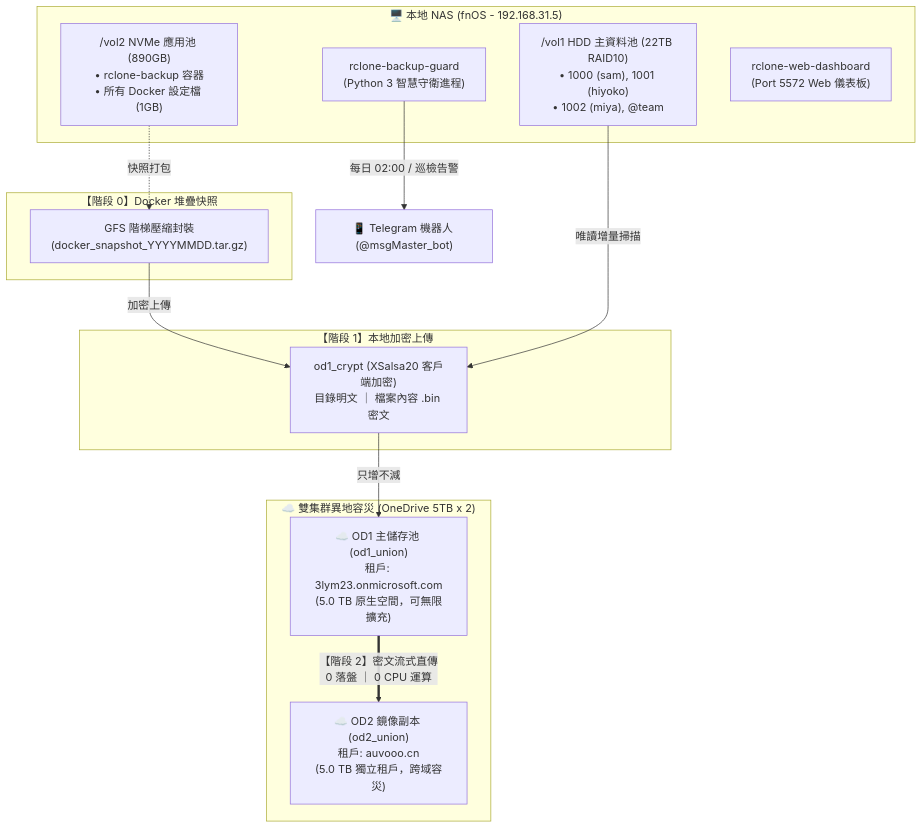
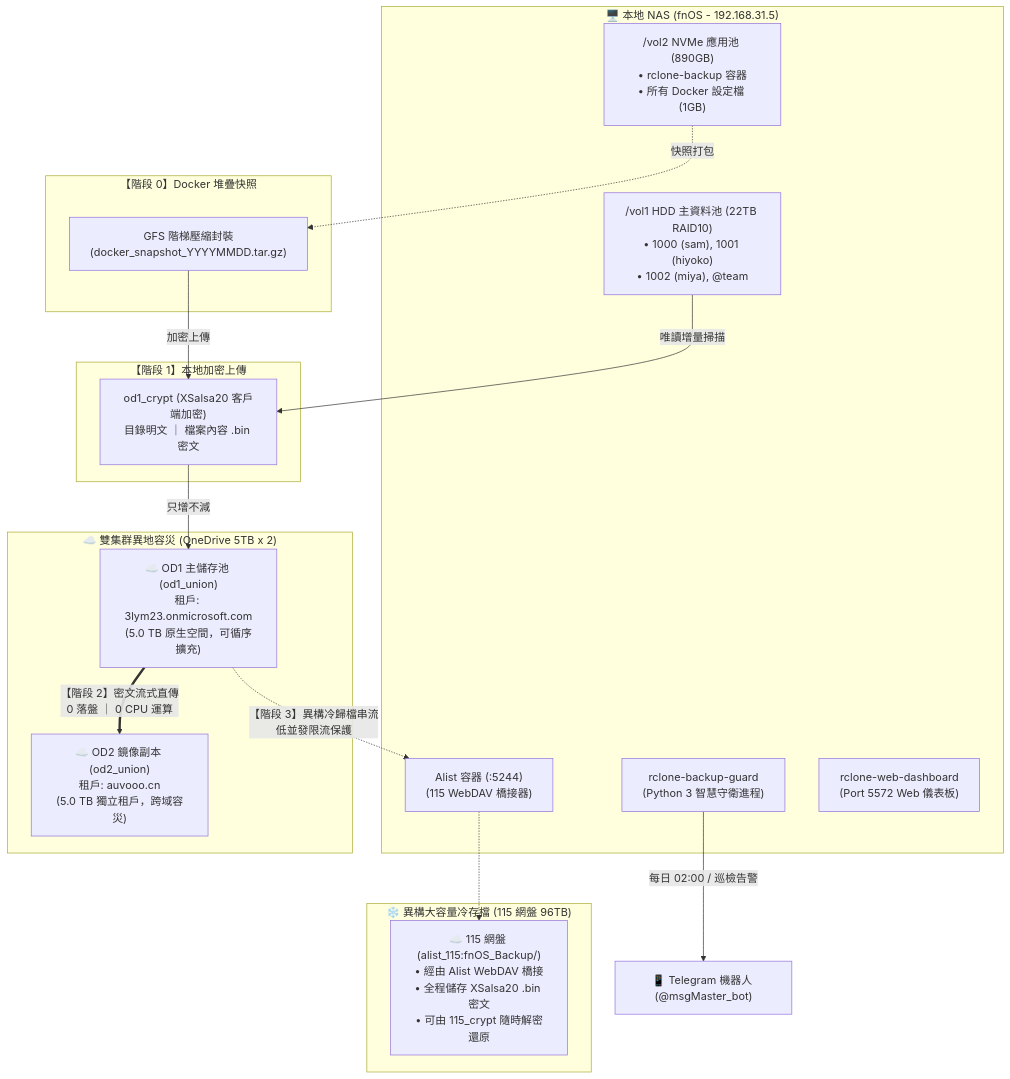
Before and after one commit to sam0324sam/fnos-onedrive-backup: the diagram in README.md, drawn with Mermaid. The commit also changed other lines of this file and 2 other files, not shown here.

Commit message:
feat: upgrade architecture to 4-3-2 heterogenous dual-cloud with 115 96TB archive

````diff
--- a/README.md
+++ b/README.md
@@ -41,30 +44,36 @@
 ```mermaid
 graph TD
     subgraph Local_NAS ["🖥️ 本地 NAS (fnOS - 192.168.31.5)"]
         SSD["/vol2 NVMe 應用池 (890GB)<br>• rclone-backup 容器<br>• 所有 Docker 設定檔 (1GB)"]
         HDD["/vol1 HDD 主資料池 (22TB RAID10)<br>• 1000 (sam), 1001 (hiyoko)<br>• 1002 (miya), @team"]
         Guard["rclone-backup-guard<br>(Python 3 智慧守衛進程)"]
+        Alist["Alist 容器 (:5244)<br>(115 WebDAV 橋接器)"]
         WebGUI["rclone-web-dashboard<br>(Port 5572 Web 儀表板)"]
     end
 
     subgraph Phase0 ["【階段 0】Docker 堆疊快照"]
         Tar["GFS 階梯壓縮封裝<br>(docker_snapshot_YYYYMMDD.tar.gz)"]
     end
 
     subgraph Phase1 ["【階段 1】本地加密上傳"]
         Crypt["od1_crypt (XSalsa20 客戶端加密)<br>目錄明文 ｜ 檔案內容 .bin 密文"]
     end
 
     subgraph Cloud_Cluster ["☁️ 雙集群異地容災 (OneDrive 5TB x 2)"]
-        OD1["☁️ OD1 主儲存池 (od1_union)<br>租戶: 3lym23.onmicrosoft.com<br>(5.0 TB 原生空間，可無限擴充)"]
+        OD1["☁️ OD1 主儲存池 (od1_union)<br>租戶: 3lym23.onmicrosoft.com<br>(5.0 TB 原生空間，可循序擴充)"]
         OD2["☁️ OD2 鏡像副本 (od2_union)<br>租戶: auvooo.cn<br>(5.0 TB 獨立租戶，跨域容災)"]
+    end
+
+    subgraph Cold_Archive ["❄️ 異構大容量冷存檔 (115 網盤 96TB)"]
+        C115["☁️ 115 網盤 (alist_115:fnOS_Backup/)<br>• 經由 Alist WebDAV 橋接<br>• 全程儲存 XSalsa20 .bin 密文<br>• 可由 115_crypt 隨時解密還原"]
     end
 
     SSD -.->|快照打包| Tar
     Tar -->|加密上傳| Crypt
     HDD -->|唯讀增量掃描| Crypt
     Crypt -->|只增不減| OD1
     OD1 ==>|【階段 2】密文流式直傳<br>0 落盤 ｜ 0 CPU 運算| OD2
+    OD1 -.->|【階段 3】異構冷歸檔串流<br>低並發限流保護| Alist -.-> C115
 
     Guard -->|每日 02:00 / 巡檢告警| TG["📱 Telegram 機器人 (@msgMaster_bot)"]
 ```
````
